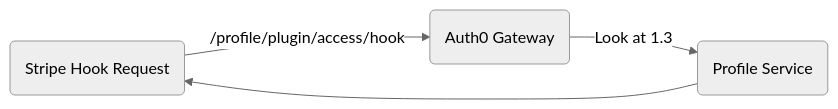
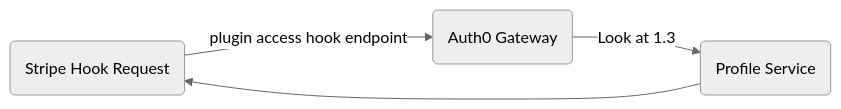
The second of 2 diagrams in profile/README.md (JTM-Network/.github), drawn with Mermaid (neutral theme) before and after one commit. The commit also changed other lines of this file, not shown here.

````diff
--- a/profile/README.md
+++ b/profile/README.md
@@ -65,6 +63,6 @@
 ```mermaid
 flowchart LR
-    stripe(Stripe Hook Request) --> | /profile/plugin/access/hook |auth(Auth0 Gateway)
+    stripe(Stripe Hook Request) --> | plugin access hook endpoint |auth(Auth0 Gateway)
     auth --> | Look at 1.3 |profile(Profile Service)
     profile --> stripe
 ```
````
